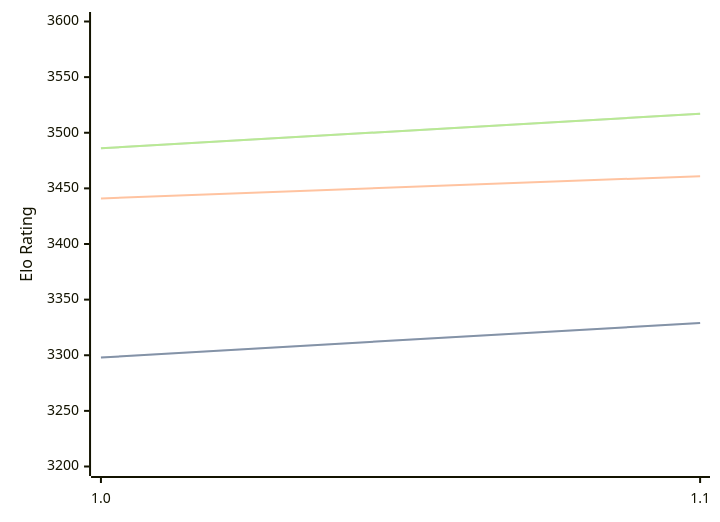
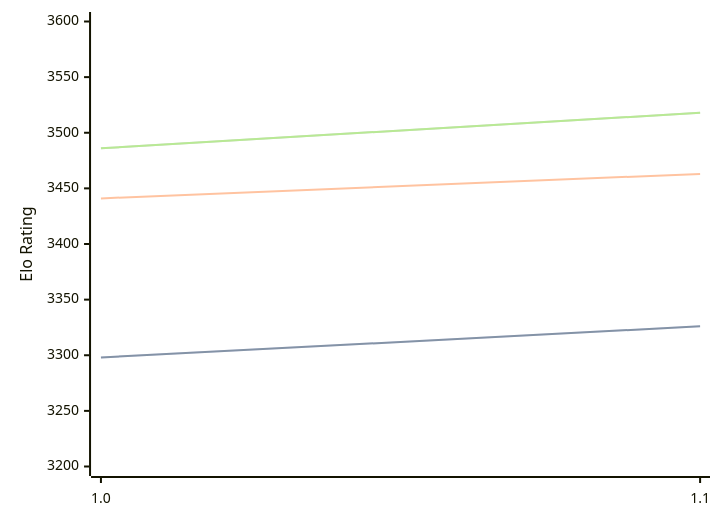
One commit to computer-chess-index/cci changed the first of 3 diagrams in engines/Icarus.md. Above: the diagram before and after it, drawn with Mermaid. The commit also changed other lines of this file, not shown here.

Commit message:
Update CCI Ratings (ELO VLTC) - 2026-06-17

````diff
--- a/engines/Icarus.md
+++ b/engines/Icarus.md
@@ -32,11 +32,11 @@
 ```mermaid
 %%{init: {"theme":"base","themeVariables":{"seriesColors:['#a3a3a3','#222221','#faa371']}}}%%
 xychart-beta
   x-axis ["1.0", "1.1"]
   y-axis "Elo Rating" 3200 --> 3600
-  line "STC (8.0+0.08s)" [3298, 3329]
-  line "STC (8.0+0.08s)" [3298, 3329]
-  line "LTC (60.0+0.60s)" [3441, 3461]
-  line "VLTC (2m24s+1.12s)" [3486, 3517]
-  line "VLTC (2m24s+1.12s)" [3486, 3517]
+  line "STC (8.0+0.08s)" [3298, 3326]
+  line "STC (8.0+0.08s)" [3298, 3326]
+  line "LTC (60.0+0.60s)" [3441, 3463]
+  line "VLTC (2m24s+1.12s)" [3486, 3518]
+  line "VLTC (2m24s+1.12s)" [3486, 3518]
 ```
````
